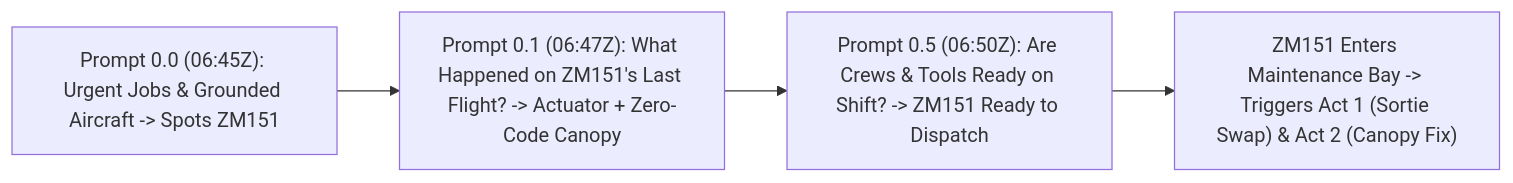
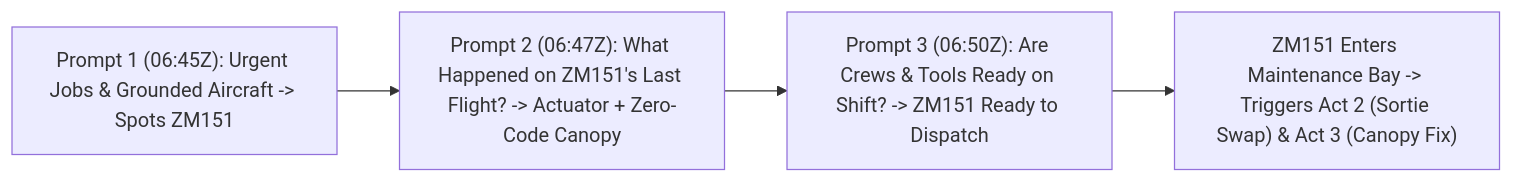
The second of 4 diagrams in DEMO_STORYBOARD.md (edwardsda-prog/f35), drawn with Mermaid before and after one commit. The commit also changed other lines of this file and 17 other files, not shown here.

````diff
--- a/DEMO_STORYBOARD.md
+++ b/DEMO_STORYBOARD.md
@@ -51,6 +68,6 @@
 ```mermaid
 flowchart LR
-    U0["Prompt 0.0 (06:45Z): Urgent Jobs & Grounded Aircraft -> Spots ZM151"] --> U01["Prompt 0.1 (06:47Z): What Happened on ZM151's Last Flight? -> Actuator + Zero-Code Canopy"]
-    U01 --> U05["Prompt 0.5 (06:50Z): Are Crews & Tools Ready on Shift? -> ZM151 Ready to Dispatch"]
-    U05 --> E0["ZM151 Enters Maintenance Bay -> Triggers Act 1 (Sortie Swap) & Act 2 (Canopy Fix)"]
+    P1["Prompt 1 (06:45Z): Urgent Jobs & Grounded Aircraft -> Spots ZM151"] --> P2["Prompt 2 (06:47Z): What Happened on ZM151's Last Flight? -> Actuator + Zero-Code Canopy"]
+    P2 --> P3["Prompt 3 (06:50Z): Are Crews & Tools Ready on Shift? -> ZM151 Ready to Dispatch"]
+    P3 --> E1["ZM151 Enters Maintenance Bay -> Triggers Act 2 (Sortie Swap) & Act 3 (Canopy Fix)"]
 ```
````
